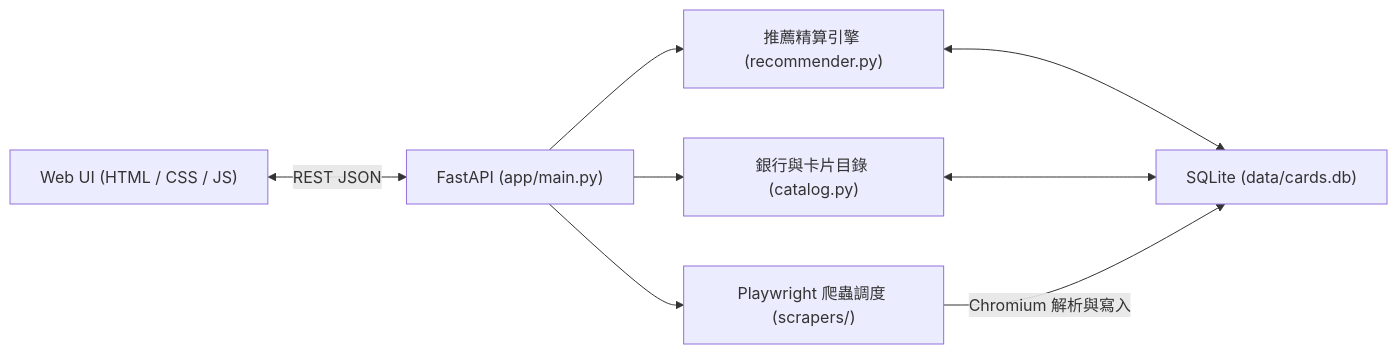
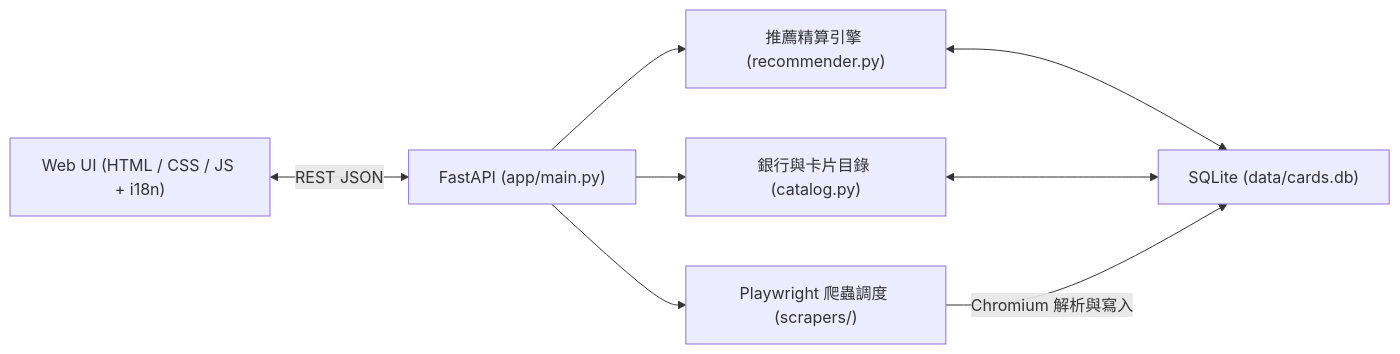
One commit to huangyj915/credit_card_recommend changed the diagram in README.md. Above: the diagram before and after it, drawn with Mermaid. The commit also changed other lines of this file and 27 other files, not shown here.

````diff
--- a/README.md
+++ b/README.md
@@ -26,10 +68,10 @@
 ```mermaid
 flowchart LR
-    UI["Web UI (HTML / CSS / JS)"] <-->|REST JSON| API["FastAPI (app/main.py)"]
+    UI["Web UI (HTML / CSS / JS + i18n)"] <-->|REST JSON| API["FastAPI (app/main.py)"]
     API --> REC["推薦精算引擎 (recommender.py)"]
     API --> CAT["銀行與卡片目錄 (catalog.py)"]
     API --> SCR["Playwright 爬蟲調度 (scrapers/)"]
     REC <--> DB["SQLite (data/cards.db)"]
     CAT <--> DB
     SCR -->|Chromium 解析與寫入| DB
 ```
````
